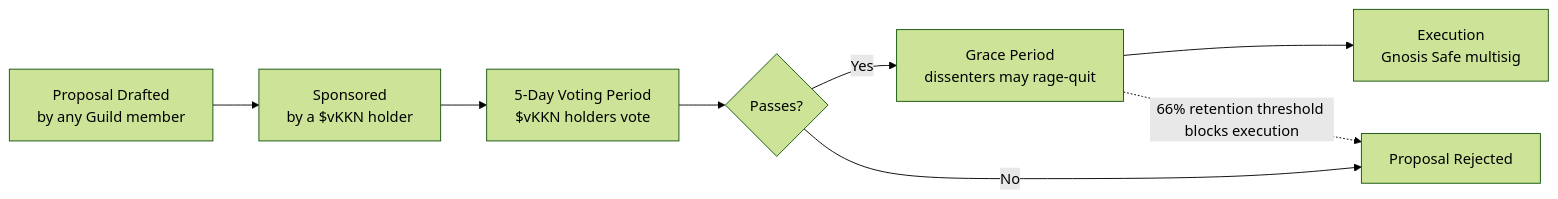
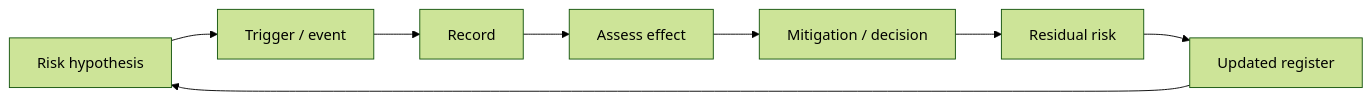
Before and after one commit to wasalo/Kokonut-Public-Site: diagram 14 of 15 in playbooks/regenerative-finance/how-it-works.mdx, drawn with Mermaid (forest theme). The commit also changed other lines of this file, not shown here.

````diff
--- a/playbooks/regenerative-finance/how-it-works.mdx
+++ b/playbooks/regenerative-finance/how-it-works.mdx
@@ -68,10 +895,10 @@
 ```mermaid
 flowchart LR
-    A["Proposal Drafted<br/>by any Guild member"] --> B["Sponsored<br/>by a $vKKN holder"]
-    B --> C["5-Day Voting Period<br/>$vKKN holders vote"]
-    C --> D{"Passes?"}
-    D -->|Yes| E["Grace Period<br/>dissenters may rage-quit"]
-    D -->|No| F["Proposal Rejected"]
-    E --> G["Execution<br/>Gnosis Safe multisig"]
-    E -.66% retention threshold blocks execution.-> F
+    A["Risk hypothesis"] --> B["Trigger / event"]
+    B --> C["Record"]
+    C --> D["Assess effect"]
+    D --> E["Mitigation / decision"]
+    E --> F["Residual risk"]
+    F --> G["Updated register"]
+    G --> A
 ```
````
